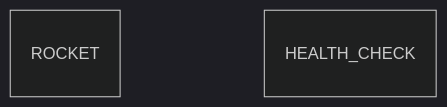
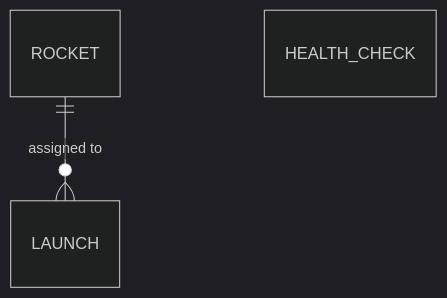
The second of 2 diagrams in .product/arch/system.arch.md (AlbertoBasaloAcademy/my-investor-2-sdd-claude), drawn with Mermaid (dark theme) before and after one commit. The commit also changed other lines of this file and 28 other files, not shown here.

````diff
--- a/.product/arch/system.arch.md
+++ b/.product/arch/system.arch.md
@@ -55,7 +55,5 @@
 ```mermaid
 erDiagram
-    ROCKET {
-    }
-    HEALTH_CHECK {
-    }
+    ROCKET ||--o{ LAUNCH : "assigned to"
+    HEALTH_CHECK
 ```
````
